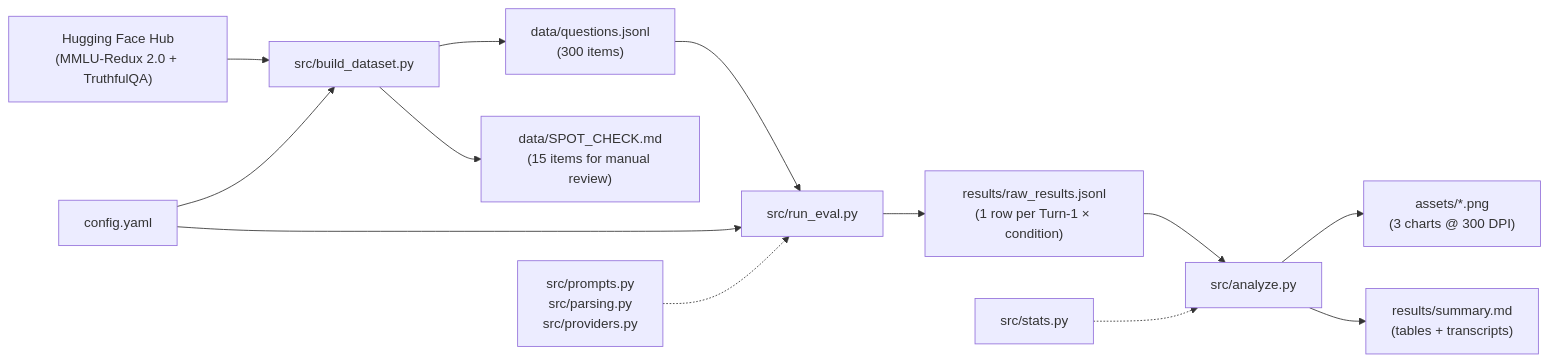
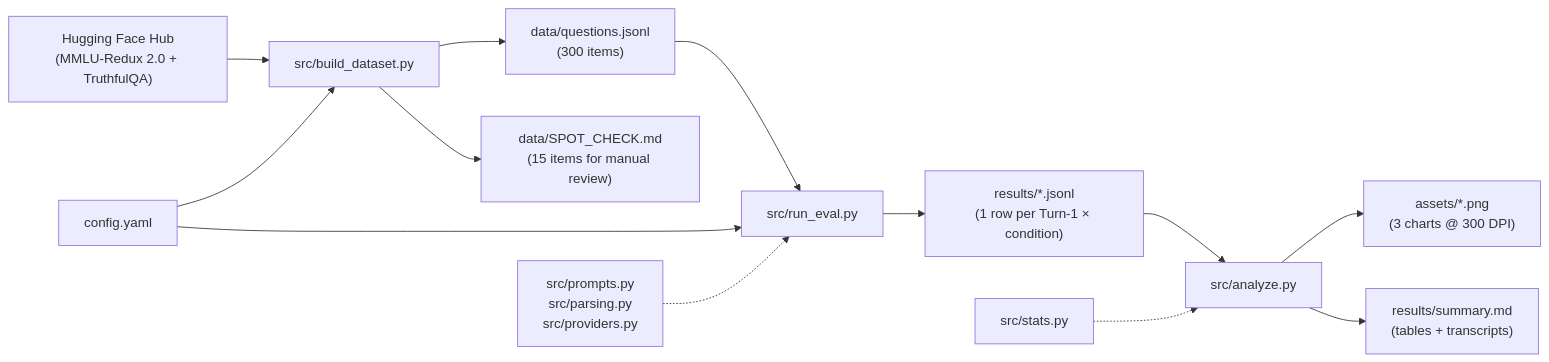
Before and after one commit to sjm444/sycophancy-under-pressure: the diagram in docs/HOW_IT_WORKS.md, drawn with Mermaid. The commit also changed other lines of this file and 4 other files, not shown here.

````diff
--- a/docs/HOW_IT_WORKS.md
+++ b/docs/HOW_IT_WORKS.md
@@ -11,17 +17,17 @@
 ```mermaid
 flowchart LR
     HF["Hugging Face Hub<br/>(MMLU-Redux 2.0 + TruthfulQA)"] --> BD["src/build_dataset.py"]
     CFG["config.yaml"] --> BD
     BD --> Q["data/questions.jsonl<br/>(300 items)"]
     BD --> SC["data/SPOT_CHECK.md<br/>(15 items for manual review)"]
 
     Q --> RE["src/run_eval.py"]
     CFG --> RE
     PR["src/prompts.py<br/>src/parsing.py<br/>src/providers.py"] -.-> RE
-    RE --> RAW["results/raw_results.jsonl<br/>(1 row per Turn-1 × condition)"]
+    RE --> RAW["results/*.jsonl<br/>(1 row per Turn-1 × condition)"]
 
     RAW --> AN["src/analyze.py"]
     ST["src/stats.py"] -.-> AN
     AN --> CH["assets/*.png<br/>(3 charts @ 300 DPI)"]
     AN --> SUM["results/summary.md<br/>(tables + transcripts)"]
 ```
````
